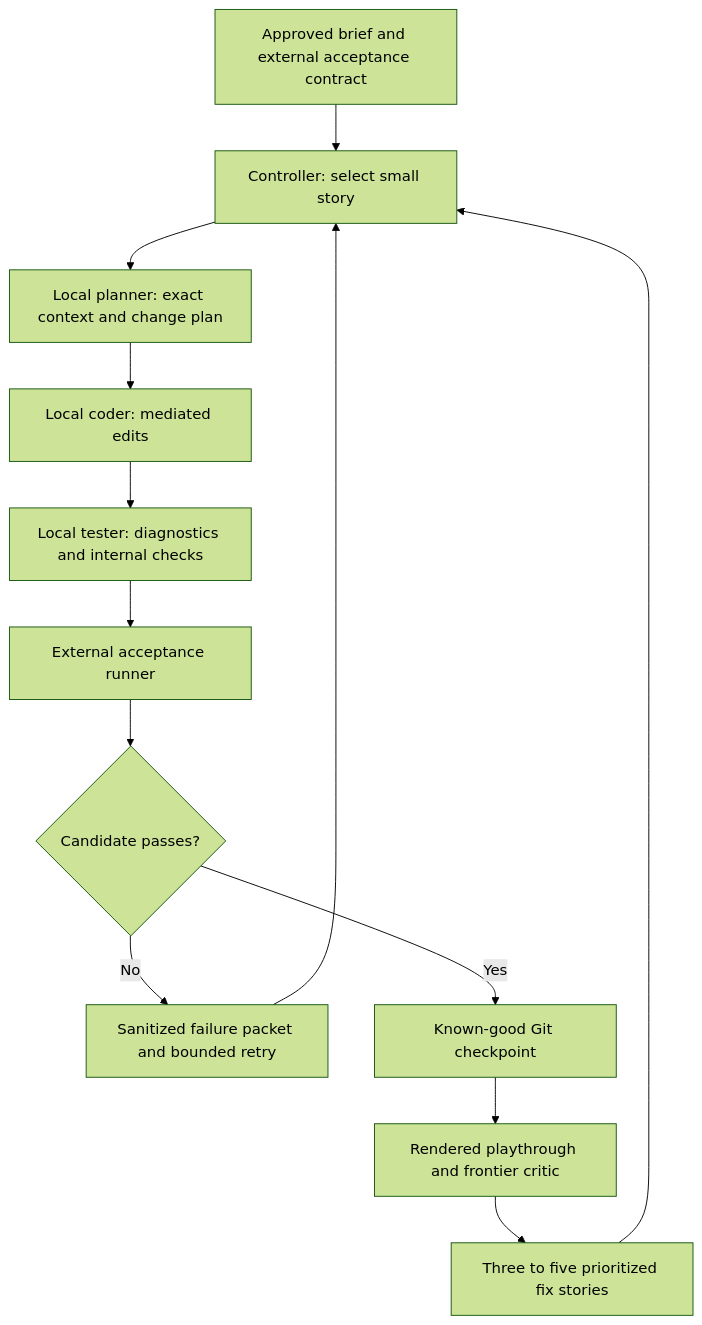
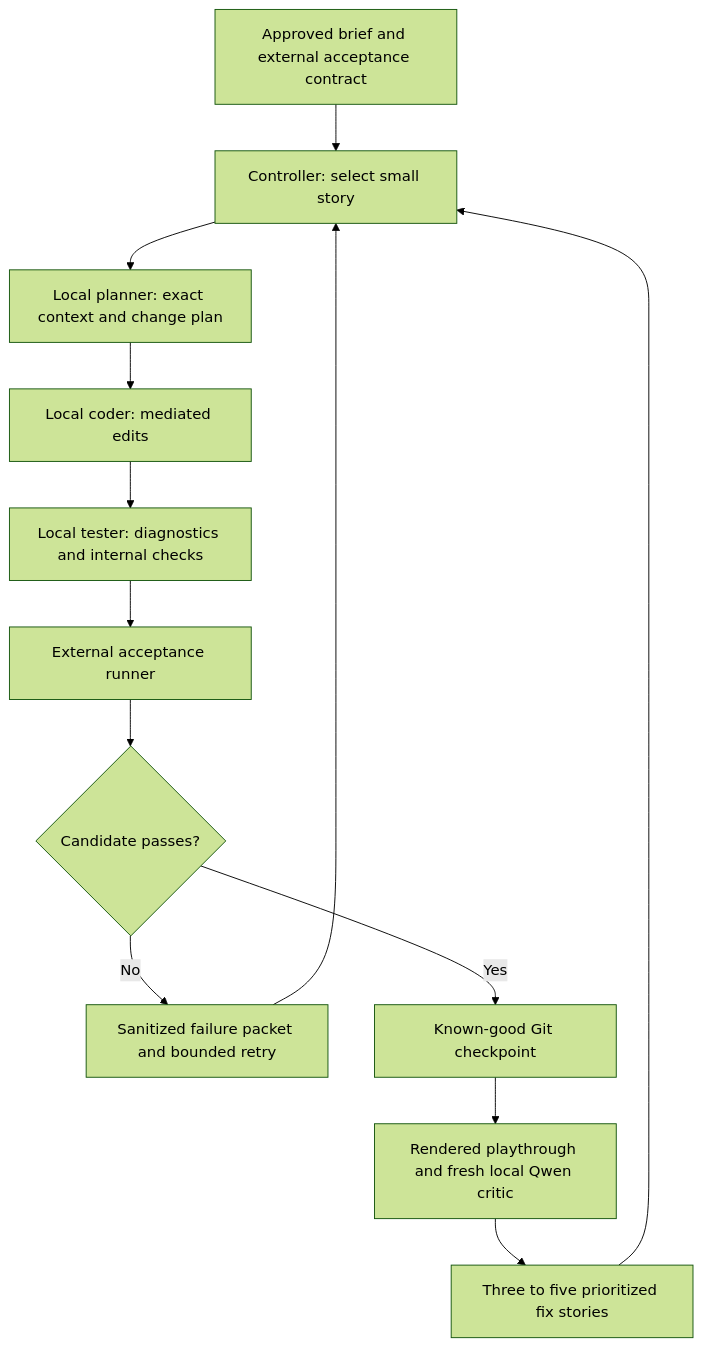
Before and after one commit to oh-ashen-one/M5-Ultra-Qwen-3.8-Gaming-Loop: the diagram in docs/ARCHITECTURE.md, drawn with Mermaid (forest theme). The commit also changed other lines of this file and 15 other files, not shown here.

````diff
--- a/docs/ARCHITECTURE.md
+++ b/docs/ARCHITECTURE.md
@@ -9,15 +9,15 @@
 ```mermaid
 flowchart TD
     A[Approved brief and external acceptance contract] --> B[Controller: select small story]
     B --> C[Local planner: exact context and change plan]
     C --> D[Local coder: mediated edits]
     D --> E[Local tester: diagnostics and internal checks]
     E --> F[External acceptance runner]
     F --> G{Candidate passes?}
     G -- No --> H[Sanitized failure packet and bounded retry]
     H --> B
     G -- Yes --> I[Known-good Git checkpoint]
-    I --> J[Rendered playthrough and frontier critic]
+    I --> J[Rendered playthrough and fresh local Qwen critic]
     J --> K[Three to five prioritized fix stories]
     K --> B
 ```
````
